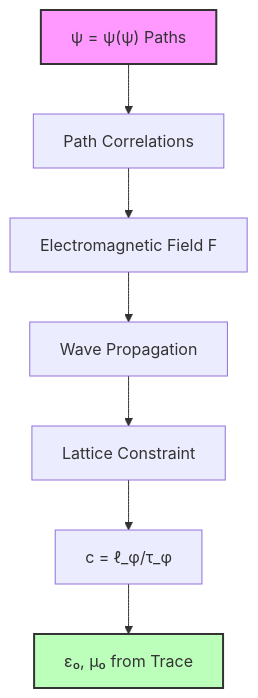
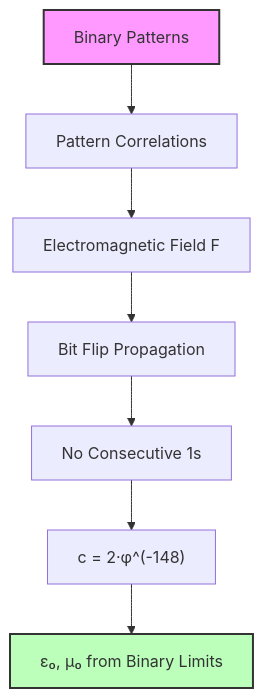
The first of 3 diagrams in docs/psi-constants/part-03-spectral-constants/chapter-048-collapse-electromagnetic-constants-epsilon-mu.md (loning/the-phys), drawn with Mermaid before and after one commit. The commit also changed other lines of this file and 4 other files, not shown here.

````diff
--- a/docs/psi-constants/part-03-spectral-constants/chapter-048-collapse-electromagnetic-constants-epsilon-mu.md
+++ b/docs/psi-constants/part-03-spectral-constants/chapter-048-collapse-electromagnetic-constants-epsilon-mu.md
@@ -32,12 +56,12 @@
 ```mermaid
 graph TD
-    A["ψ = ψ(ψ) Paths"] --> B["Path Correlations"]
+    A["Binary Patterns"] --> B["Pattern Correlations"]
     B --> C["Electromagnetic Field F"]
-    C --> D["Wave Propagation"]
-    D --> E["Lattice Constraint"]
-    E --> F["c = ℓ_φ/τ_φ"]
-    F --> G["ε₀, μ₀ from Trace"]
+    C --> D["Bit Flip Propagation"]
+    D --> E["No Consecutive 1s"]
+    E --> F["c = 2·φ^(-148)"]
+    F --> G["ε₀, μ₀ from Binary Limits"]
     
     style A fill:#f9f,stroke:#333,stroke-width:2px
     style G fill:#bfb,stroke:#333,stroke-width:2px
 ```
````
